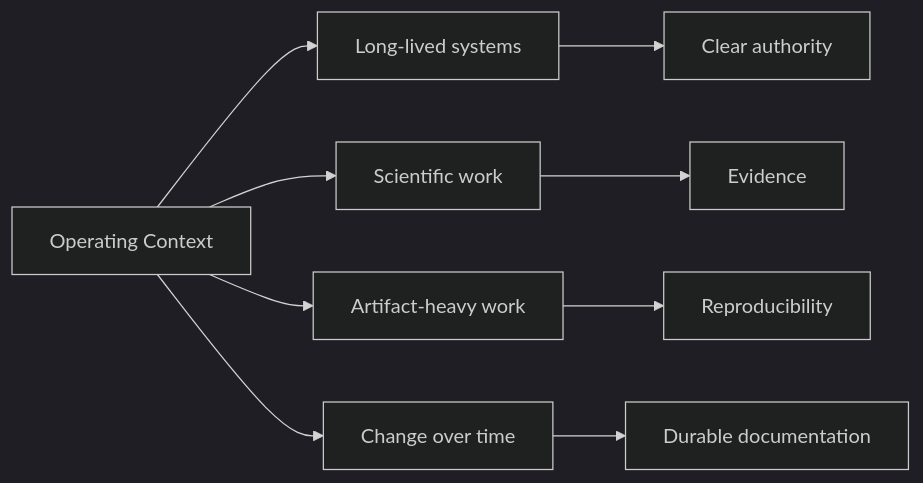
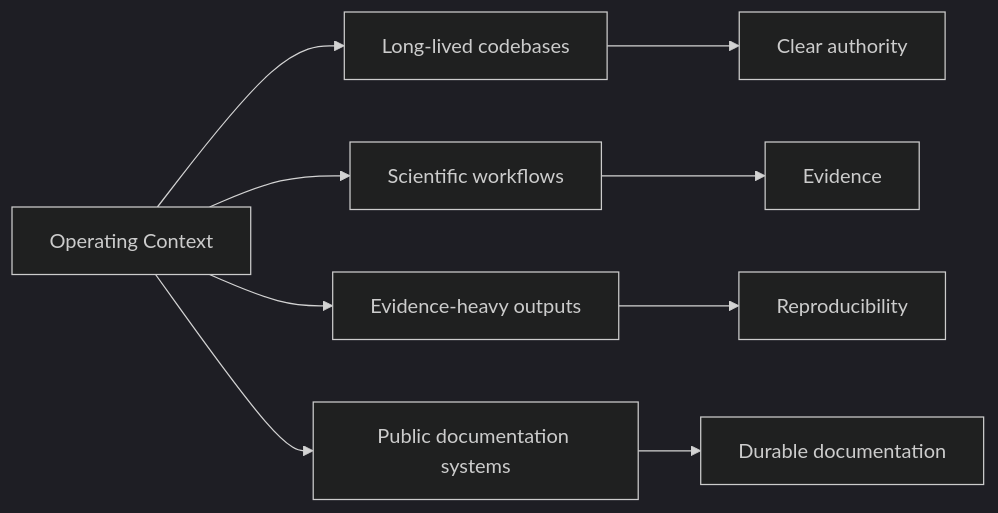
The diagram in docs/platform/operating-context.md (bijux/bijux.github.io), drawn with Mermaid (dark theme) before and after one commit. The commit also changed other lines of this file, not shown here.

Commit message:
docs(operating-context): name concrete context types

````diff
--- a/docs/platform/operating-context.md
+++ b/docs/platform/operating-context.md
@@ -36,12 +43,12 @@
 ```mermaid
 graph LR
-    context["Operating Context"] --> long_lived["Long-lived systems"]
-    context --> science["Scientific work"]
-    context --> artifacts["Artifact-heavy work"]
-    context --> change["Change over time"]
+    context["Operating Context"] --> long_lived["Long-lived codebases"]
+    context --> science["Scientific workflows"]
+    context --> artifacts["Evidence-heavy outputs"]
+    context --> change["Public documentation systems"]
 
     long_lived --> authority["Clear authority"]
     science --> evidence["Evidence"]
     artifacts --> reproducibility["Reproducibility"]
     change --> docs["Durable documentation"]
 ```
````
